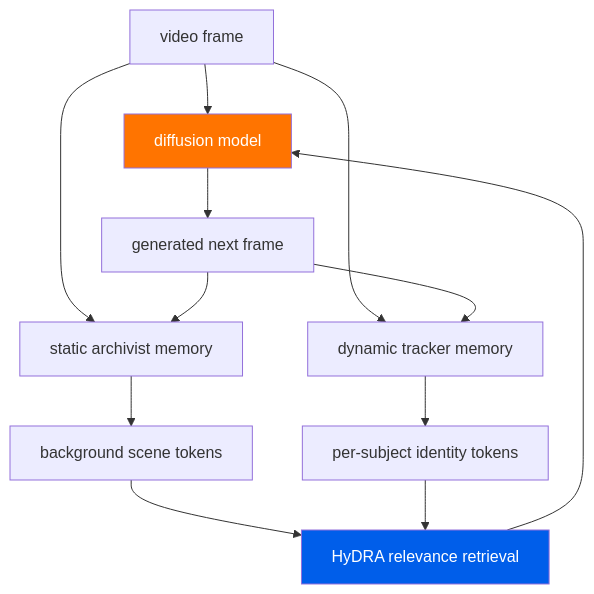
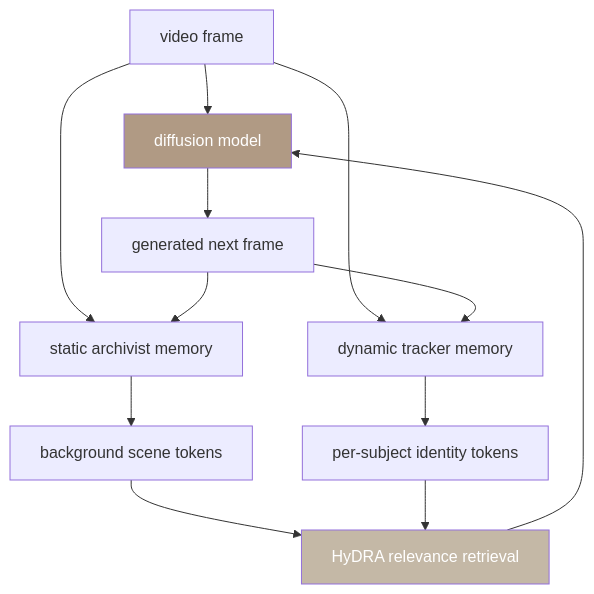
One commit to bopi-bot/bopi-research changed the diagram in _digests/2603.25716.md. Above: the diagram before and after it, drawn with Mermaid. The commit also changed 6 other files, not shown here.

Commit message:
mermaid diagrams: earthy brown/gray palette instead of bright blue/orange

````diff
--- a/_digests/2603.25716.md
+++ b/_digests/2603.25716.md
@@ -25,17 +25,17 @@
 ```mermaid
 flowchart TD
     frame[video frame] --> DM[diffusion model]
     frame --> SA[static archivist memory]
     frame --> DT[dynamic tracker memory]
     SA --> BG[background scene tokens]
     DT --> SUB[per-subject identity tokens]
     BG --> HyDRA[HyDRA relevance retrieval]
     SUB --> HyDRA
     HyDRA --> DM
     DM --> out[generated next frame]
     out --> SA
     out --> DT
     
-    style HyDRA fill:#005EEA,color:#fff
-    style DM fill:#FF7400,color:#fff
+    style HyDRA fill:#c4b8a6,color:#fff
+    style DM fill:#b09a84,color:#fff
 ```
````
